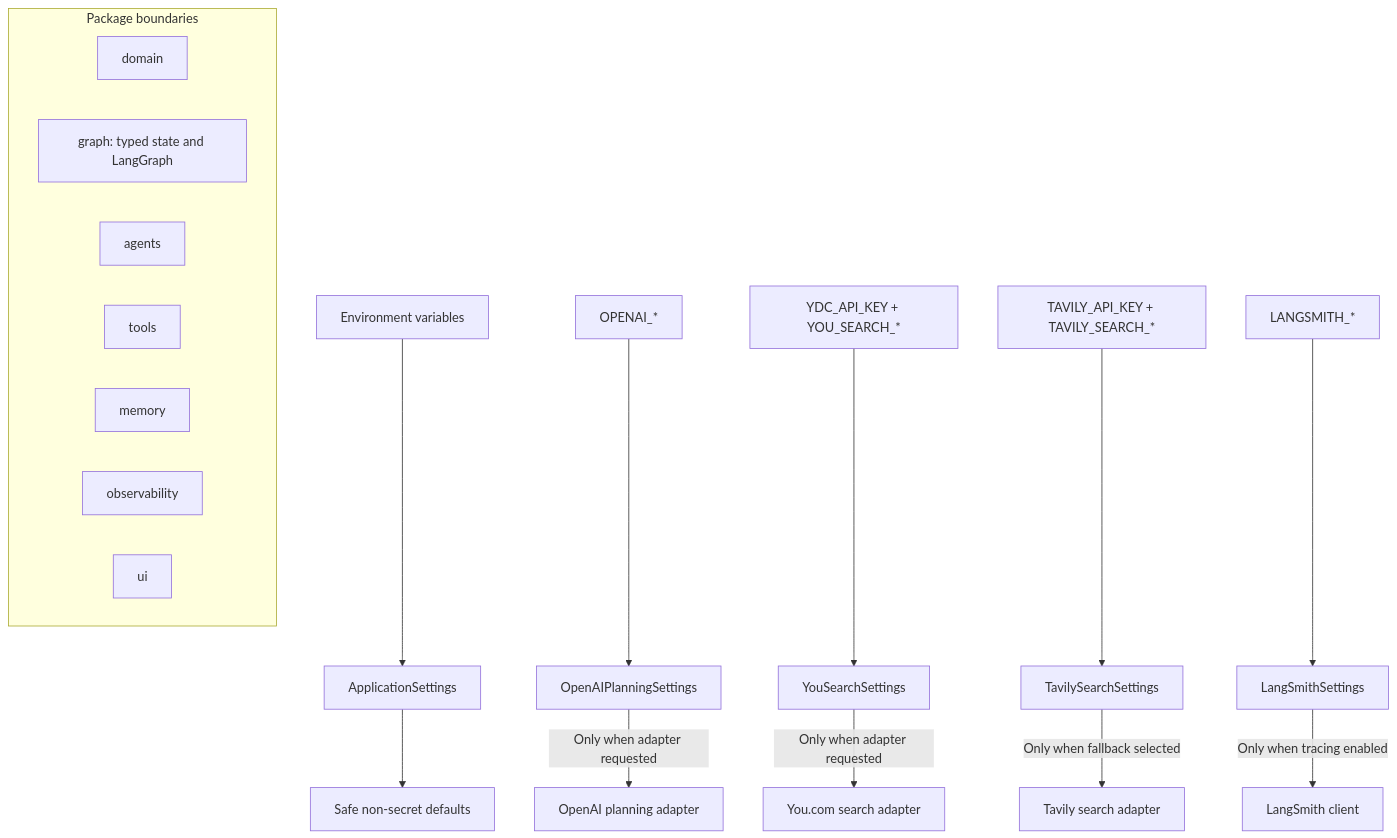
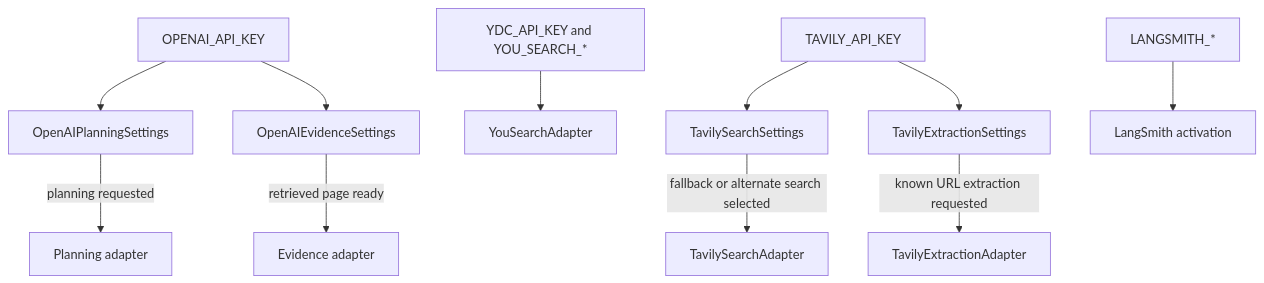
Before and after one commit to shanly-rajan/ai-builder: diagram 13 of 14 in projects/scholar-path/docs/architecture.md, drawn with Mermaid. The commit also changed other lines of this file and 57 other files, not shown here.

Commit message:
feat: add Supervisor evidence extraction and verification

````diff
--- a/projects/scholar-path/docs/architecture.md
+++ b/projects/scholar-path/docs/architecture.md
@@ -385,23 +425,13 @@
 ```mermaid
 flowchart TB
-    ENV[Environment variables] --> CFG[ApplicationSettings]
-    CFG --> DEFAULTS[Safe non-secret defaults]
-    OAIENV[OPENAI_*] --> OAICFG[OpenAIPlanningSettings]
-    OAICFG -->|Only when adapter requested| OAIADAPTER[OpenAI planning adapter]
-    YDCENV[YDC_API_KEY + YOU_SEARCH_*] --> YOUCFG[YouSearchSettings]
-    YOUCFG -->|Only when adapter requested| YOUADAPTER[You.com search adapter]
-    TAVENV[TAVILY_API_KEY + TAVILY_SEARCH_*] --> TAVCFG[TavilySearchSettings]
-    TAVCFG -->|Only when fallback selected| TAVADAPTER[Tavily search adapter]
-    LSENV[LANGSMITH_*] --> LSCFG[LangSmithSettings]
-    LSCFG -->|Only when tracing enabled| LSCLIENT[LangSmith client]
-
-    subgraph Package boundaries
-        DOMAIN[domain]
-        GRAPH[graph: typed state and LangGraph]
-        AGENTS[agents]
-        TOOLS[tools]
-        MEMORY[memory]
-        OBS[observability]
-        UI[ui]
-    end
+    OAI[OPENAI_API_KEY] --> OP[OpenAIPlanningSettings]
+    OAI --> OE[OpenAIEvidenceSettings]
+    OP -->|planning requested| OPA[Planning adapter]
+    OE -->|retrieved page ready| OEA[Evidence adapter]
+    YDC[YDC_API_KEY and YOU_SEARCH_*] --> YOU[YouSearchAdapter]
+    TKEY[TAVILY_API_KEY] --> TS[TavilySearchSettings]
+    TKEY --> TE[TavilyExtractionSettings]
+    TS -->|fallback or alternate search selected| TSA[TavilySearchAdapter]
+    TE -->|known URL extraction requested| TEA[TavilyExtractionAdapter]
+    LS[LANGSMITH_*] --> LSC[LangSmith activation]
 ```
````
